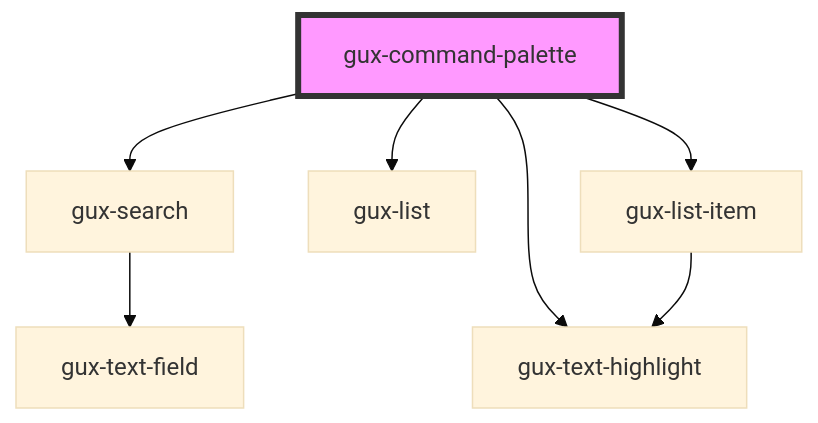
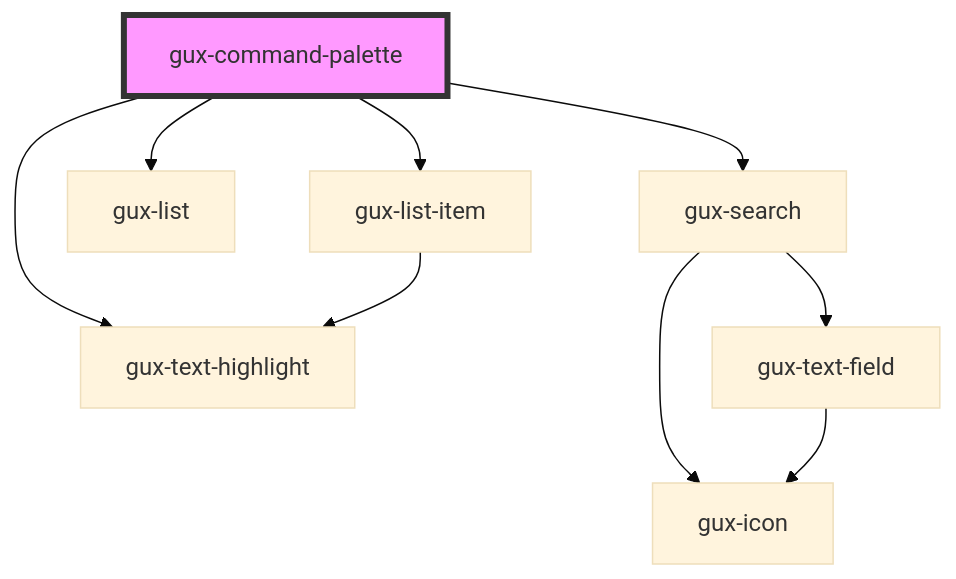
The diagram in src/components/gux-command-palette/readme.md (MyPureCloud/genesys-spark), drawn with Mermaid (base theme) before and after one commit. The commit also changed other lines of this file and 79 other files, not shown here.

````diff
--- a/src/components/gux-command-palette/readme.md
+++ b/src/components/gux-command-palette/readme.md
@@ -60,10 +60,12 @@
 ```mermaid
 graph TD;
   gux-command-palette --> gux-search
   gux-command-palette --> gux-list
   gux-command-palette --> gux-list-item
   gux-command-palette --> gux-text-highlight
   gux-search --> gux-text-field
+  gux-search --> gux-icon
+  gux-text-field --> gux-icon
   gux-list-item --> gux-text-highlight
   style gux-command-palette fill:#f9f,stroke:#333,stroke-width:4px
 ```
````
